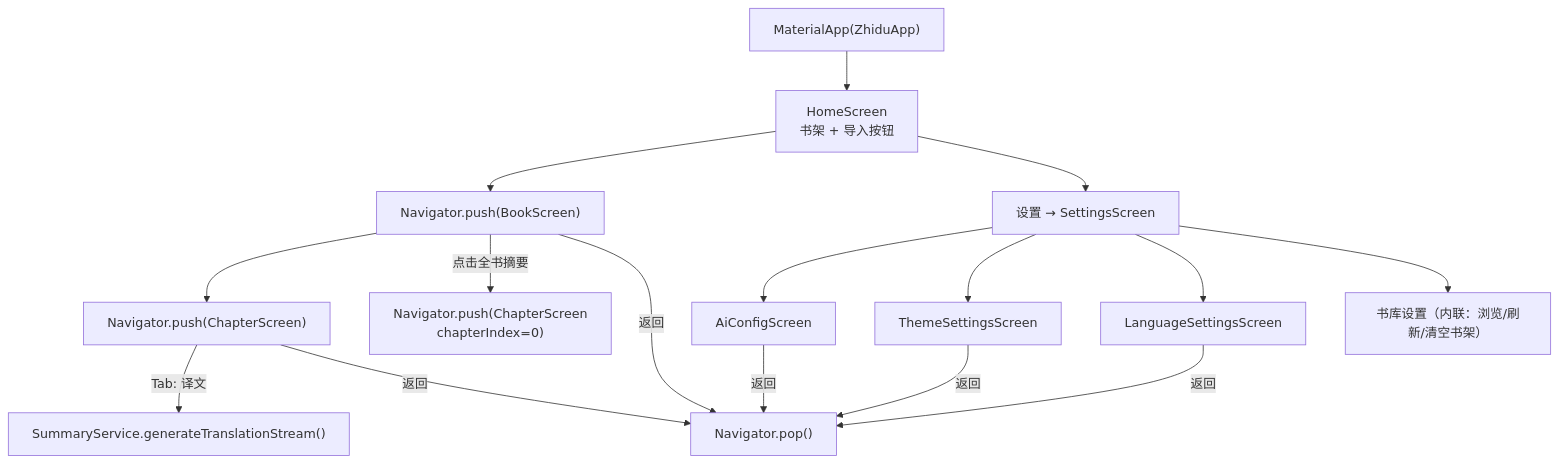
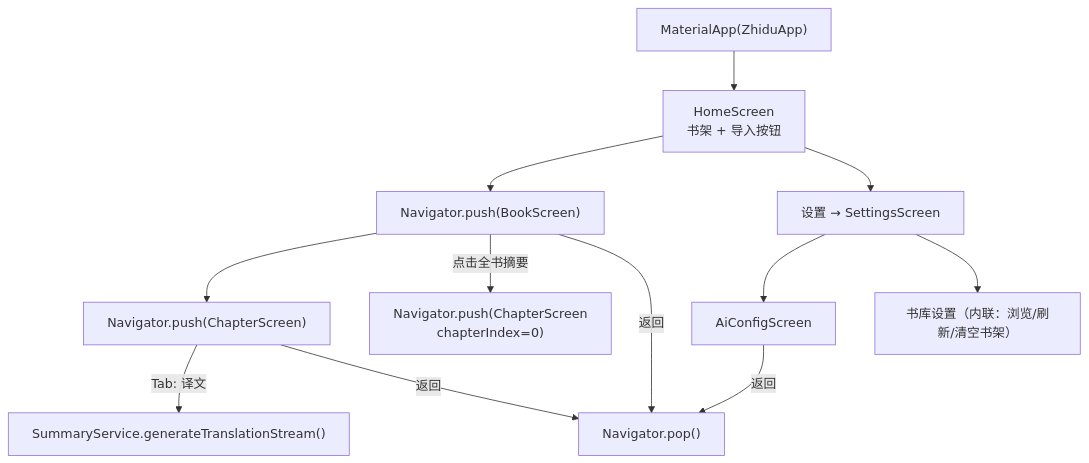
The ninth of 11 diagrams in docs/function_call_relationships_visual.md (jjzhang2000/zhidu), drawn with Mermaid before and after one commit. The commit also changed other lines of this file and 26 other files, not shown here.

````diff
--- a/docs/function_call_relationships_visual.md
+++ b/docs/function_call_relationships_visual.md
@@ -437,23 +435,19 @@
 ```mermaid
 flowchart TD
     APP["MaterialApp(ZhiduApp)"] --> HS["HomeScreen<br/>书架 + 导入按钮"]
 
     HS --> BS_NAV["Navigator.push(BookScreen)"]
     HS --> SET["设置 → SettingsScreen"]
 
     SET --> AIC["AiConfigScreen"]
-    SET --> THS["ThemeSettingsScreen"]
-    SET --> LAS["LanguageSettingsScreen"]
     SET --> LIB["书库设置（内联：浏览/刷新/清空书架）"]
 
     BS_NAV --> CS_NAV["Navigator.push(ChapterScreen)"]
     BS_NAV --> |"点击全书摘要"| CS_FIRST["Navigator.push(ChapterScreen<br/>chapterIndex=0)"]
 
     CS_NAV --> |"Tab: 译文"| TRANS["SummaryService.generateTranslationStream()"]
 
     CS_NAV --> |"返回"| POP["Navigator.pop()"]
     BS_NAV --> |"返回"| POP
     AIC --> |"返回"| POP
-    THS --> |"返回"| POP
-    LAS --> |"返回"| POP
 ```
````
